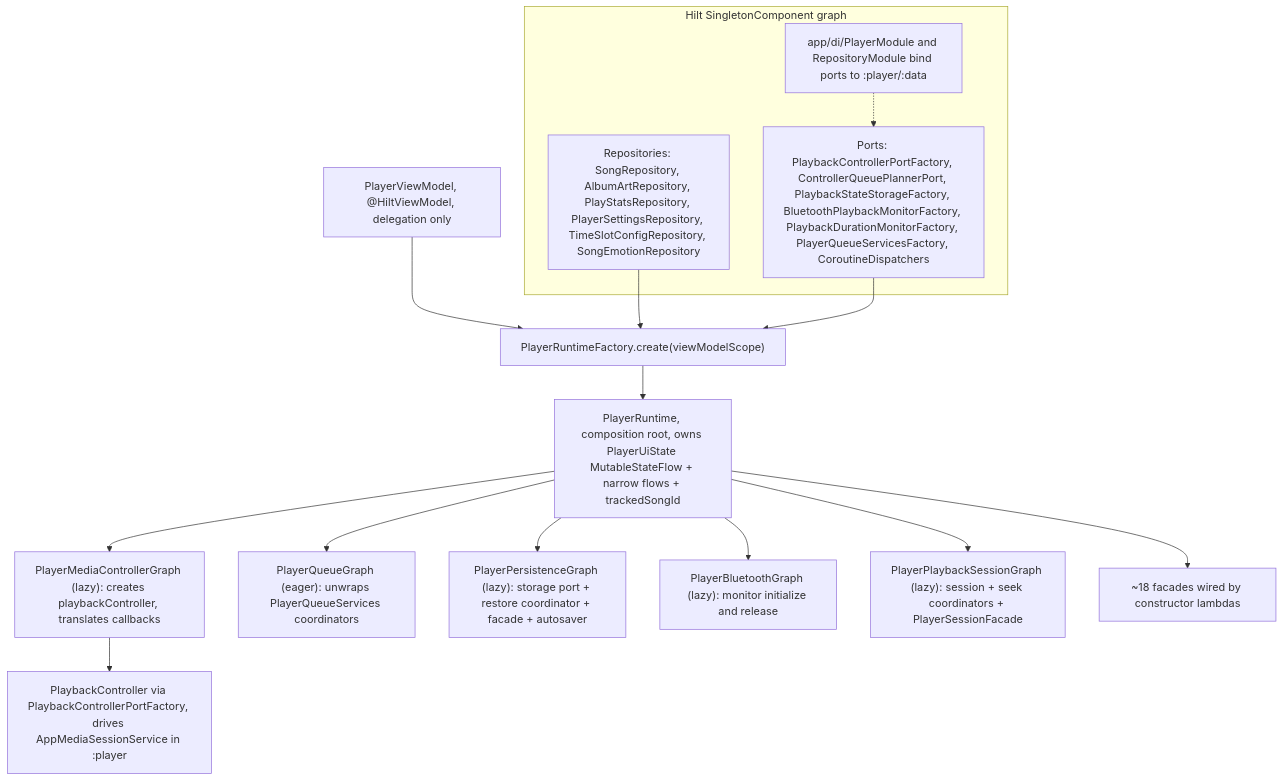
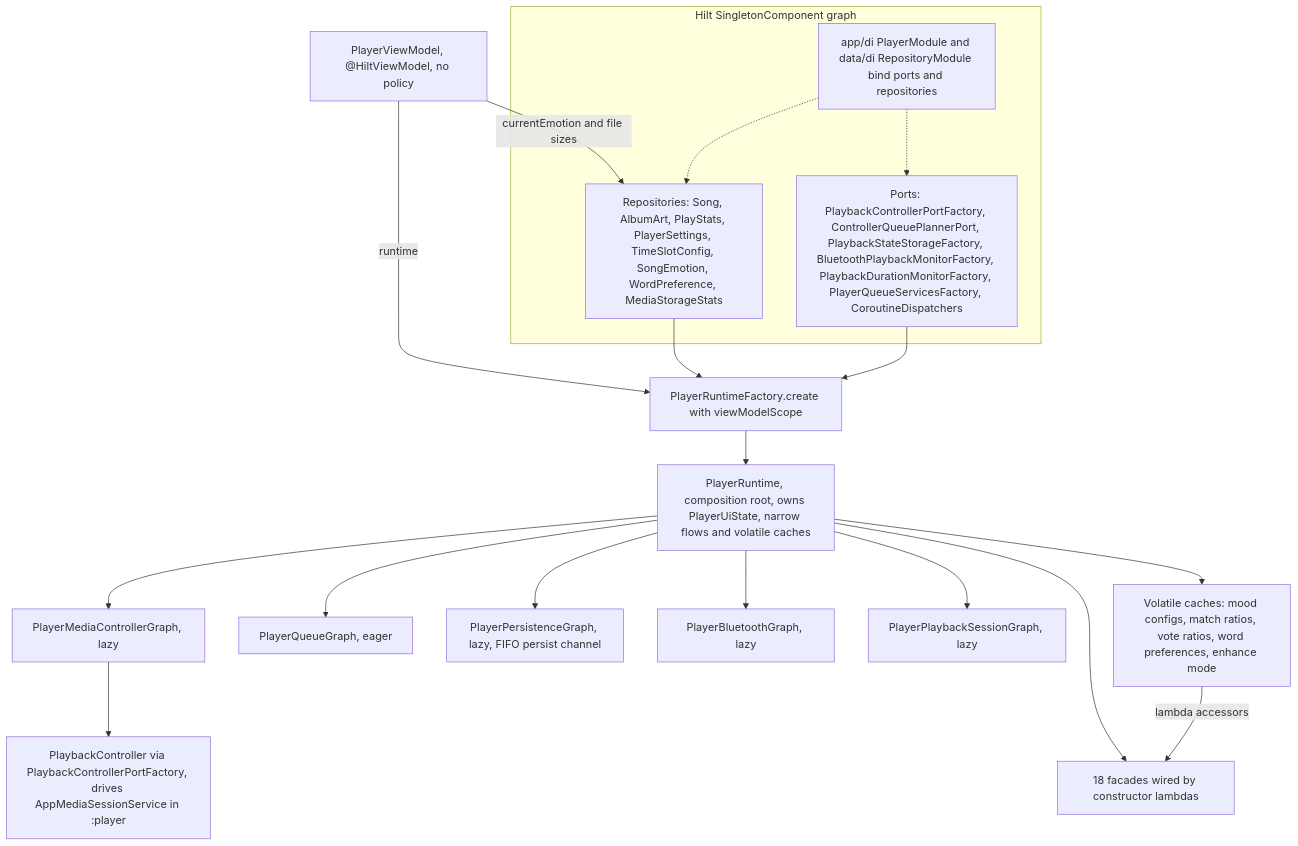
Before and after one commit to DefineMyCode/melody-in-heart-x: the first of 3 diagrams in openwiki/player/runtime-facades.md, drawn with Mermaid. The commit also changed other lines of this file and 42 other files, not shown here.

````diff
--- a/openwiki/player/runtime-facades.md
+++ b/openwiki/player/runtime-facades.md
@@ -95,23 +101,27 @@
 ```mermaid
 flowchart TD
     subgraph HILT["Hilt SingletonComponent graph"]
-        PLAYERMODULE["app/di/PlayerModule and RepositoryModule bind ports to :player/:data"]
-        REPOS["Repositories: SongRepository, AlbumArtRepository, PlayStatsRepository, PlayerSettingsRepository, TimeSlotConfigRepository, SongEmotionRepository"]
+        MODULES["app/di PlayerModule and data/di RepositoryModule bind ports and repositories"]
+        REPOS["Repositories: Song, AlbumArt, PlayStats, PlayerSettings, TimeSlotConfig, SongEmotion, WordPreference, MediaStorageStats"]
         PORTS["Ports: PlaybackControllerPortFactory, ControllerQueuePlannerPort, PlaybackStateStorageFactory, BluetoothPlaybackMonitorFactory, PlaybackDurationMonitorFactory, PlayerQueueServicesFactory, CoroutineDispatchers"]
     end
-    VM["PlayerViewModel, @HiltViewModel, delegation only"]
-    FACTORY["PlayerRuntimeFactory.create(viewModelScope)"]
-    RT["PlayerRuntime, composition root, owns PlayerUiState MutableStateFlow + narrow flows + trackedSongId"]
-    VM --> FACTORY
+    VM["PlayerViewModel, @HiltViewModel, no policy"]
+    FACTORY["PlayerRuntimeFactory.create with viewModelScope"]
+    RT["PlayerRuntime, composition root, owns PlayerUiState, narrow flows and volatile caches"]
+    VM -->|"runtime"| FACTORY
+    VM -->|"currentEmotion and file sizes"| REPOS
     REPOS --> FACTORY
     PORTS --> FACTORY
-    PLAYERMODULE -.-> PORTS
+    MODULES -.-> PORTS
+    MODULES -.-> REPOS
     FACTORY --> RT
-    RT --> MG["PlayerMediaControllerGraph (lazy): creates playbackController, translates callbacks"]
-    RT --> QG["PlayerQueueGraph (eager): unwraps PlayerQueueServices coordinators"]
-    RT --> PG["PlayerPersistenceGraph (lazy): storage port + restore coordinator + facade + autosaver"]
-    RT --> BG["PlayerBluetoothGraph (lazy): monitor initialize and release"]
-    RT --> PSG["PlayerPlaybackSessionGraph (lazy): session + seek coordinators + PlayerSessionFacade"]
-    RT --> FCD["~18 facades wired by constructor lambdas"]
+    RT --> MG["PlayerMediaControllerGraph, lazy"]
+    RT --> QG["PlayerQueueGraph, eager"]
+    RT --> PG["PlayerPersistenceGraph, lazy, FIFO persist channel"]
+    RT --> BG["PlayerBluetoothGraph, lazy"]
+    RT --> PSG["PlayerPlaybackSessionGraph, lazy"]
+    RT --> CAC["Volatile caches: mood configs, match ratios, vote ratios, word preferences, enhance mode"]
+    RT --> FCD["18 facades wired by constructor lambdas"]
+    CAC -->|"lambda accessors"| FCD
     MG --> CTRL["PlaybackController via PlaybackControllerPortFactory, drives AppMediaSessionService in :player"]
 ```
````
